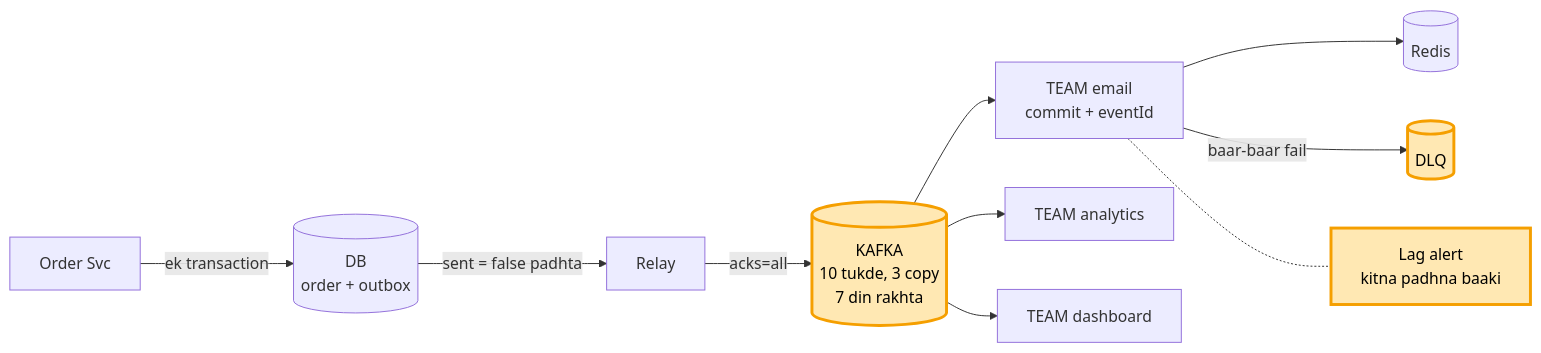
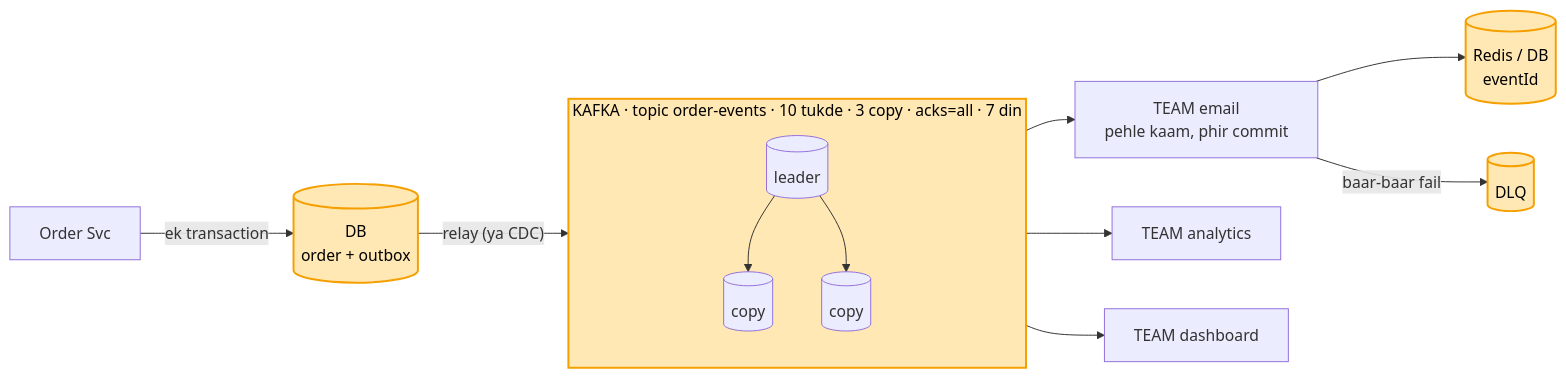
One commit to ArpanMaheshwari144/Prep changed the second of 2 diagrams in 04_HLD/SYSTEM_DESIGNS/12_message_queue_kafka/kafka_seedha.md. Above: the diagram before and after it, drawn with Mermaid. The commit also changed other lines of this file, not shown here.

Commit message:
kafka: interview ka ek page (daayra, ginti, dabbe + kaam, khud todo), neeche cross-Q

````diff
--- a/04_HLD/SYSTEM_DESIGNS/12_message_queue_kafka/kafka_seedha.md
+++ b/04_HLD/SYSTEM_DESIGNS/12_message_queue_kafka/kafka_seedha.md
@@ -356,15 +86,21 @@
 ```mermaid
 flowchart LR
     O["Order Svc"] -- "ek transaction" --> DB[("DB<br/>order + outbox")]
-    DB -- "sent = false padhta" --> RL["Relay"]
-    RL -- "acks=all" --> K[("KAFKA<br/>10 tukde, 3 copy<br/>7 din rakhta")]
-    K --> E["TEAM email<br/>commit + eventId"]
-    E --> R[("Redis")]
+    DB -- "relay (ya CDC)" --> K
+    subgraph K["KAFKA · topic order-events · 10 tukde · 3 copy · acks=all · 7 din"]
+        L[("leader")]
+        C1[("copy")]
+        C2[("copy")]
+    end
+    L --> C1
+    L --> C2
+    K --> E["TEAM email<br/>pehle kaam, phir commit"]
+    E --> R[("Redis / DB<br/>eventId")]
     E -- "baar-baar fail" --> Q[("DLQ")]
     K --> A["TEAM analytics"]
     K --> D["TEAM dashboard"]
-    E -.- G["Lag alert<br/>kitna padhna baaki"]
-    style K fill:#ffe8b3,stroke:#f59f00,stroke-width:3px,color:#000
-    style Q fill:#ffe8b3,stroke:#f59f00,stroke-width:3px,color:#000
-    style G fill:#ffe8b3,stroke:#f59f00,stroke-width:3px,color:#000
+    style DB fill:#ffe8b3,stroke:#f59f00,stroke-width:2px,color:#000
+    style K fill:#ffe8b3,stroke:#f59f00,stroke-width:2px,color:#000
+    style R fill:#ffe8b3,stroke:#f59f00,stroke-width:2px,color:#000
+    style Q fill:#ffe8b3,stroke:#f59f00,stroke-width:2px,color:#000
 ```
````
